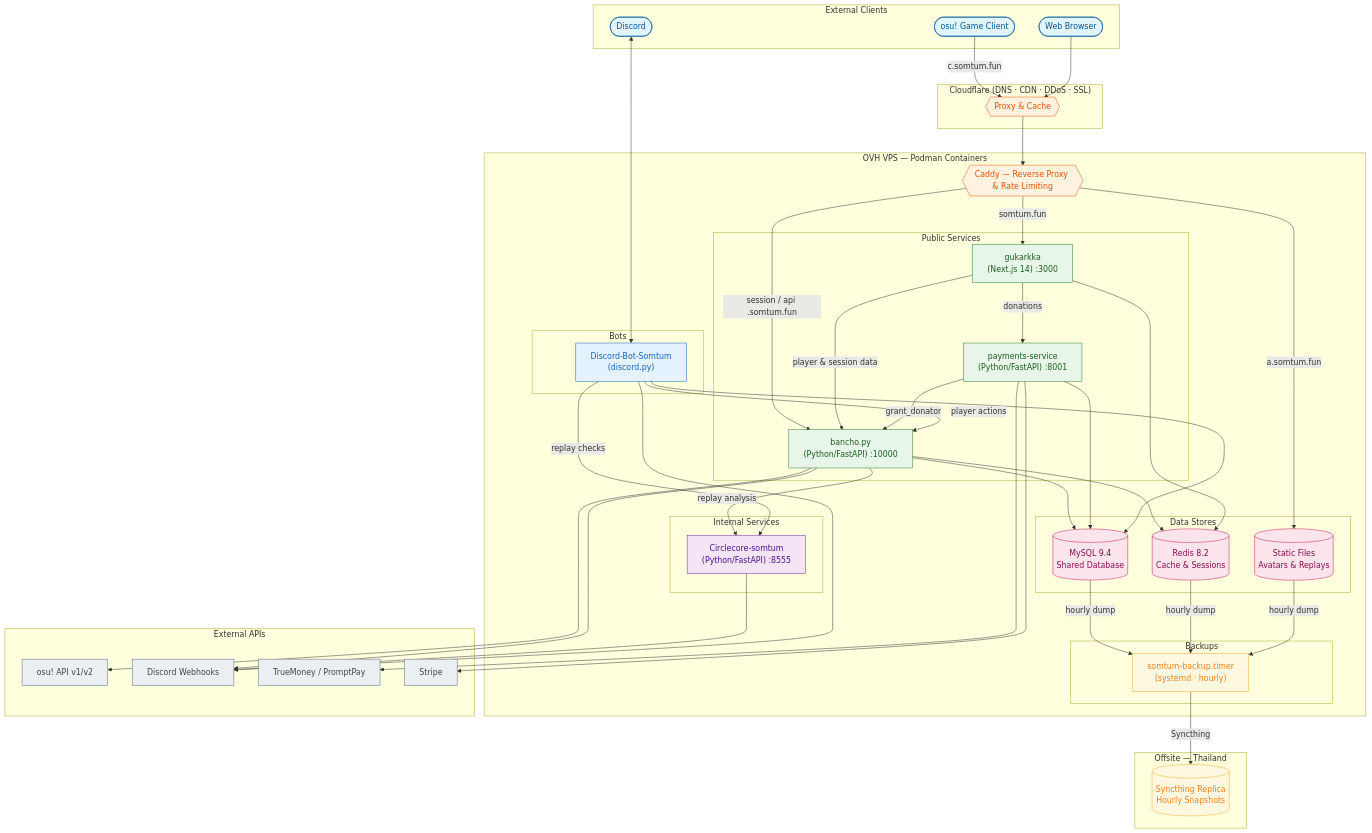
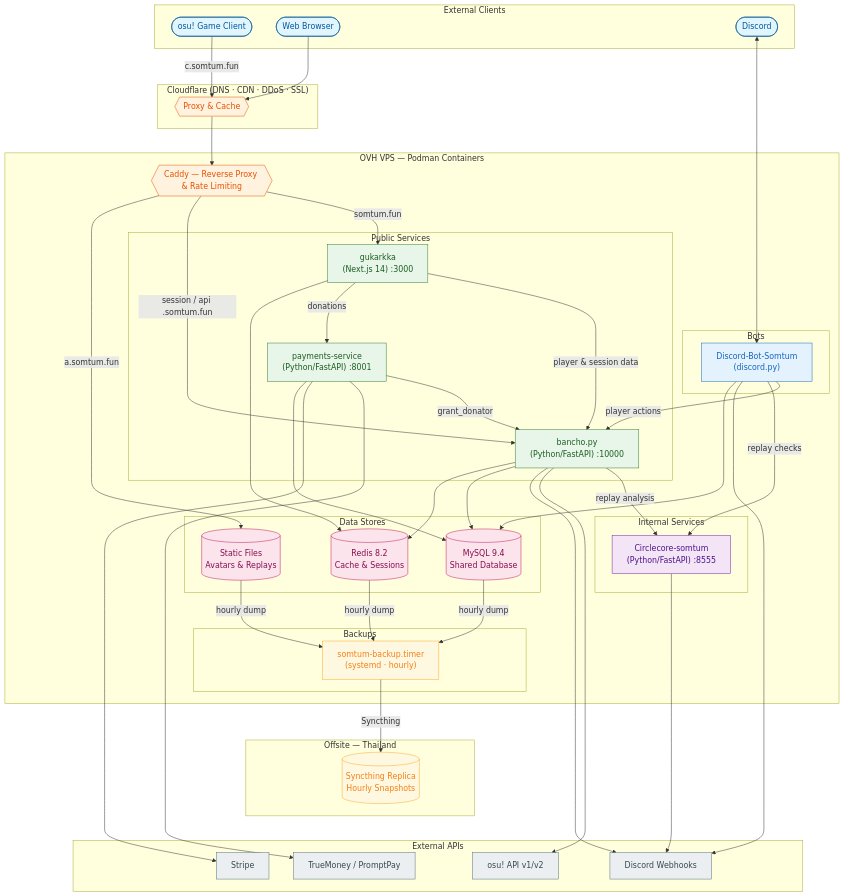
One commit to osu-somtum/.github changed the diagram in profile/README.md. Above: the diagram before and after it, drawn with Mermaid.

Commit message:
Small changes

```diff
--- a/profile/README.md
+++ b/profile/README.md
@@ -92,9 +92,12 @@
     gukarkka --> redis
     payments & bot --> mysql
 
-    %% Backups
+    %% Backups (side branch off the data stores)
     mysql & redis & files -->|"hourly dump"| timer
     timer -->|"Syncthing"| miyabi
+
+    %% Invisible links to keep External APIs as the bottom layer
+    miyabi ~~~ osuapi & discordwh & truemoney & stripe
 
     %% Styling
     classDef client fill:#e1f5fe,stroke:#01579b,color:#01579b
```
